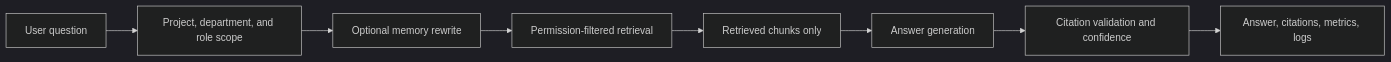
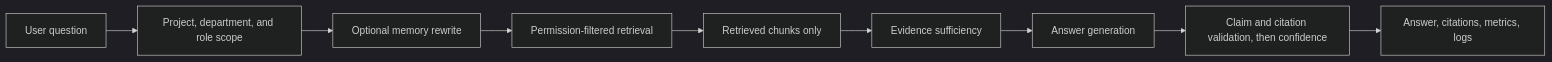
Before and after one commit to christiankfoury/proofbase-rag: the diagram in docs/algorithm/README.md, drawn with Mermaid (dark theme). The commit also changed other lines of this file and 20 other files, not shown here.

````diff
--- a/docs/algorithm/README.md
+++ b/docs/algorithm/README.md
@@ -21,10 +21,11 @@
 ```mermaid
 flowchart LR
   User["User question"] --> Scope["Project, department, and role scope"]
   Scope --> Memory["Optional memory rewrite"]
   Memory --> Retrieval["Permission-filtered retrieval"]
   Retrieval --> Evidence["Retrieved chunks only"]
-  Evidence --> Generation["Answer generation"]
-  Generation --> Validation["Citation validation and confidence"]
+  Evidence --> Gate["Evidence sufficiency"]
+  Gate --> Generation["Answer generation"]
+  Generation --> Validation["Claim and citation validation, then confidence"]
   Validation --> Response["Answer, citations, metrics, logs"]
 ```
````
